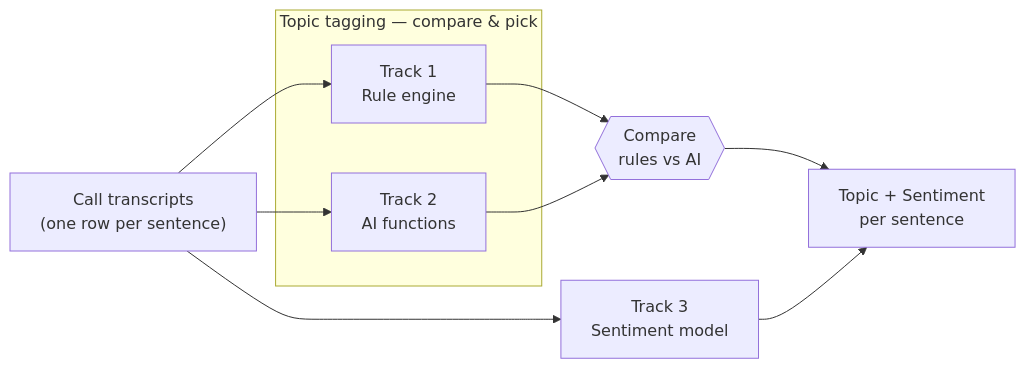
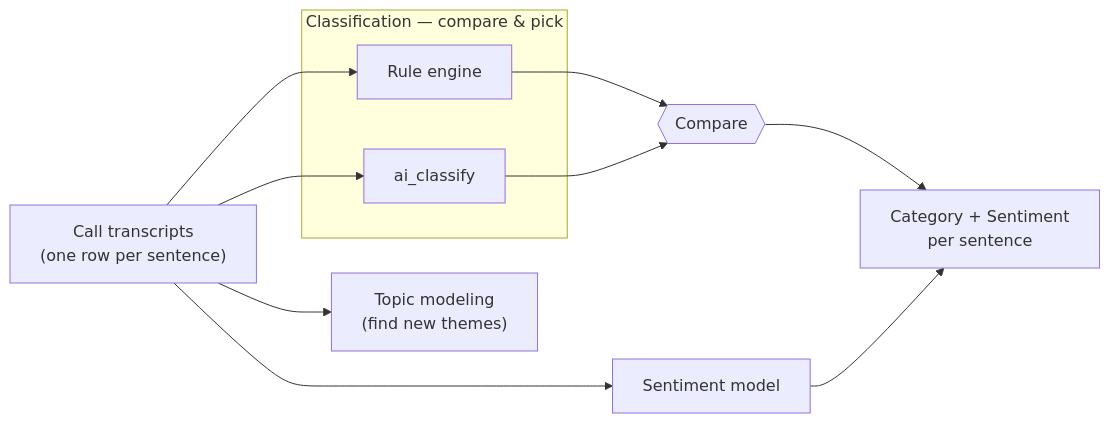
One commit to dariakrasavina/GM_VOC changed the first of 5 diagrams in docs/ARCHITECTURE.md. Above: the diagram before and after it, drawn with Mermaid. The commit also changed other lines of this file and 24 other files, not shown here.

Commit message:
Rename to category/classification vocabulary; add multi-label ai_classify + hierarchy roll-up in both classifiers; update compare job and docs

````diff
--- a/docs/ARCHITECTURE.md
+++ b/docs/ARCHITECTURE.md
@@ -14,20 +18,22 @@
 ```mermaid
 flowchart LR
     DATA["Call transcripts<br/>(one row per sentence)"]
 
-    subgraph TOPICS["Topic tagging — compare & pick"]
-        T1["Track 1<br/>Rule engine"]
-        T2["Track 2<br/>AI functions"]
+    subgraph CLS["Classification — compare & pick"]
+        RE["Rule engine"]
+        AI["ai_classify"]
     end
 
-    T3["Track 3<br/>Sentiment model"]
-    OUT["Topic + Sentiment<br/>per sentence"]
+    TM["Topic modeling<br/>(find new themes)"]
+    SENT["Sentiment model"]
+    OUT["Category + Sentiment<br/>per sentence"]
 
-    DATA --> T1
-    DATA --> T2
-    DATA --> T3
-    T1 --> CMP{{"Compare<br/>rules vs AI"}}
-    T2 --> CMP
+    DATA --> RE
+    DATA --> AI
+    DATA --> TM
+    DATA --> SENT
+    RE --> CMP{{"Compare"}}
+    AI --> CMP
     CMP --> OUT
-    T3 --> OUT
+    SENT --> OUT
 ```
````
